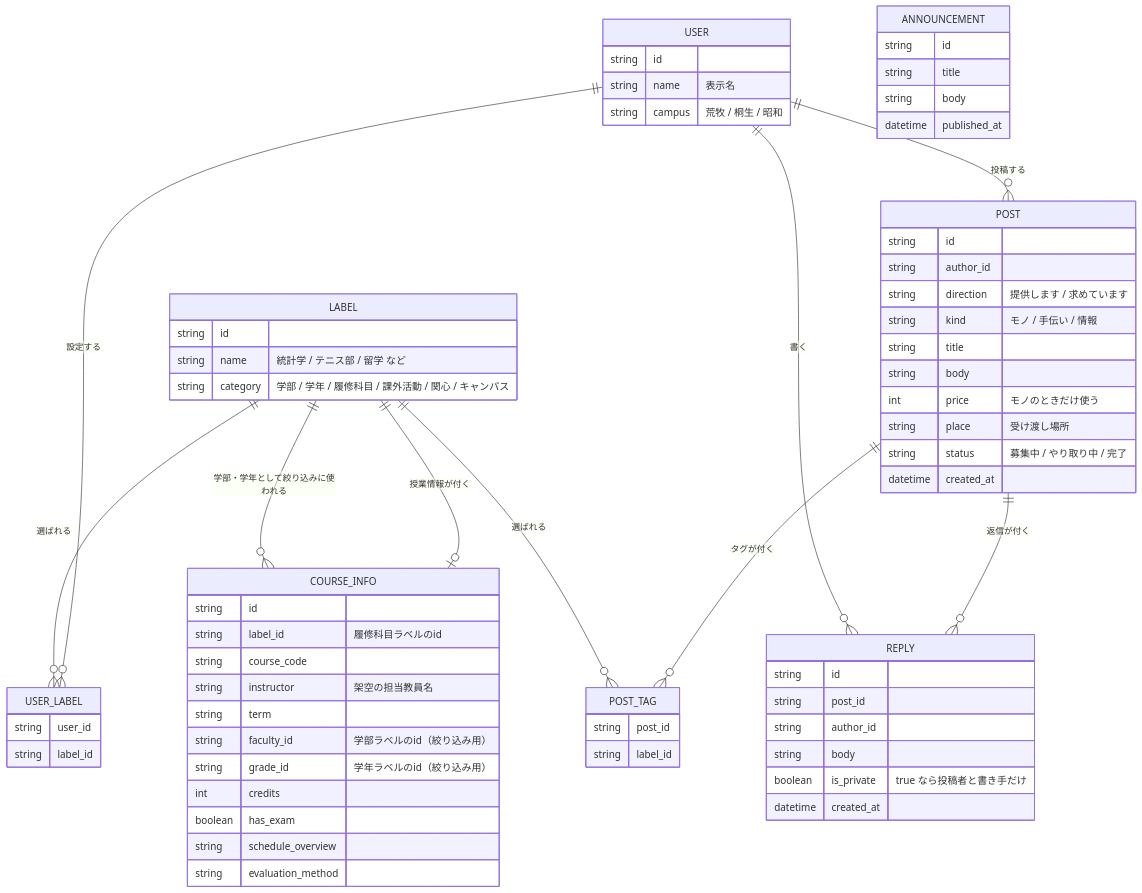
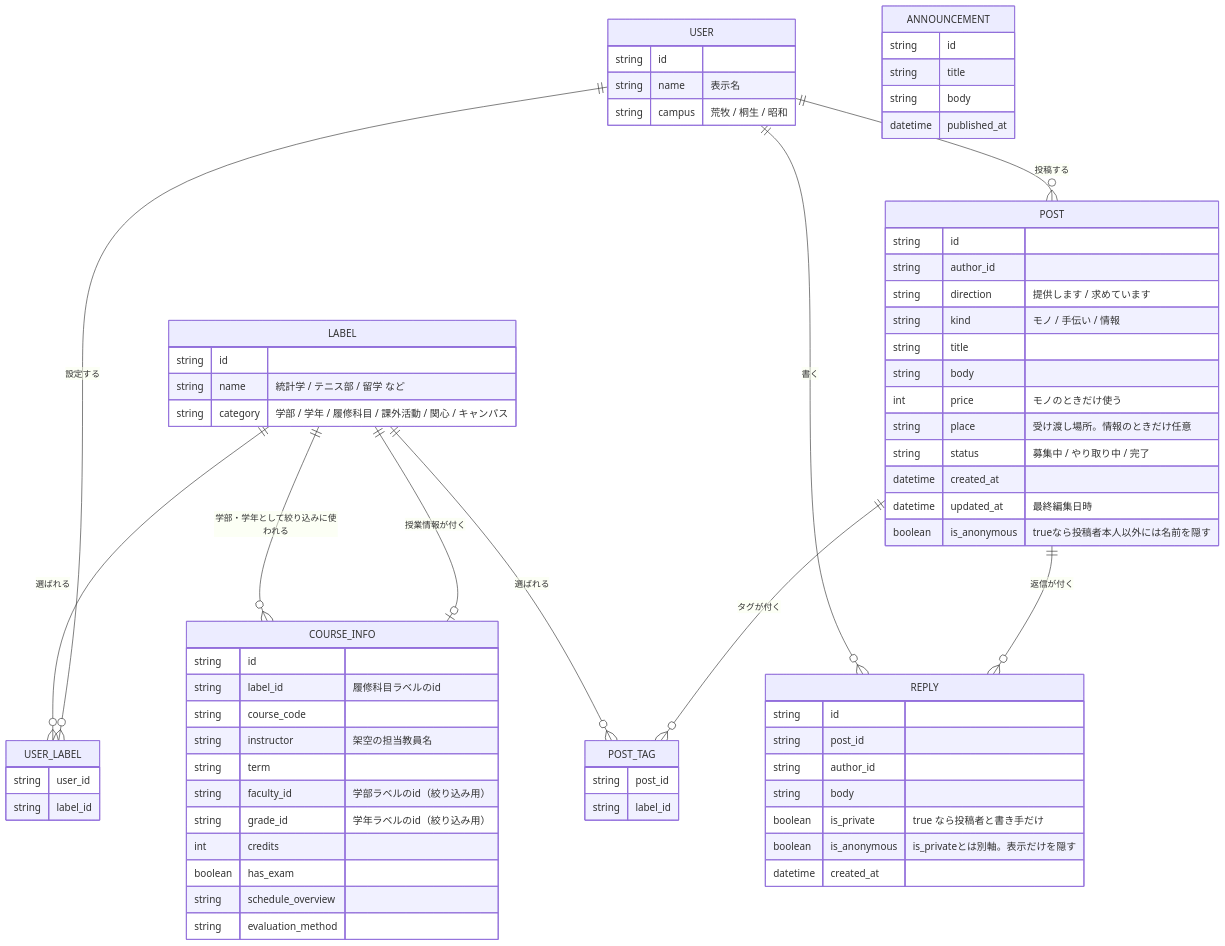
One commit to st-yuka0310/platform_app changed the diagram in README.md. Above: the diagram before and after it, drawn with Mermaid. The commit also changed other lines of this file and 14 other files, not shown here.

````diff
--- a/README.md
+++ b/README.md
@@ -426,70 +433,73 @@
 ```mermaid
 erDiagram
     USER ||--o{ USER_LABEL : "設定する"
     LABEL ||--o{ USER_LABEL : "選ばれる"
     USER ||--o{ POST : "投稿する"
     POST ||--o{ POST_TAG : "タグが付く"
     LABEL ||--o{ POST_TAG : "選ばれる"
     POST ||--o{ REPLY : "返信が付く"
     USER ||--o{ REPLY : "書く"
 
     USER {
         string id
         string name "表示名"
         string campus "荒牧 / 桐生 / 昭和"
     }
     LABEL {
         string id
         string name "統計学 / テニス部 / 留学 など"
         string category "学部 / 学年 / 履修科目 / 課外活動 / 関心 / キャンパス"
     }
     USER_LABEL {
         string user_id
         string label_id
     }
     POST {
         string id
         string author_id
         string direction "提供します / 求めています"
         string kind "モノ / 手伝い / 情報"
         string title
         string body
         int price "モノのときだけ使う"
-        string place "受け渡し場所"
+        string place "受け渡し場所。情報のときだけ任意"
         string status "募集中 / やり取り中 / 完了"
         datetime created_at
+        datetime updated_at "最終編集日時"
+        boolean is_anonymous "trueなら投稿者本人以外には名前を隠す"
     }
     POST_TAG {
         string post_id
         string label_id
     }
     REPLY {
         string id
         string post_id
         string author_id
         string body
         boolean is_private "true なら投稿者と書き手だけ"
+        boolean is_anonymous "is_privateとは別軸。表示だけを隠す"
         datetime created_at
     }
     ANNOUNCEMENT {
         string id
         string title
         string body
         datetime published_at
     }
     LABEL ||--o| COURSE_INFO : "授業情報が付く"
     LABEL ||--o{ COURSE_INFO : "学部・学年として絞り込みに使われる"
     COURSE_INFO {
         string id
         string label_id "履修科目ラベルのid"
         string course_code
         string instructor "架空の担当教員名"
         string term
         string faculty_id "学部ラベルのid（絞り込み用）"
         string grade_id "学年ラベルのid（絞り込み用）"
         int credits
         boolean has_exam
         string schedule_overview
         string evaluation_method
     }
 ```
````
